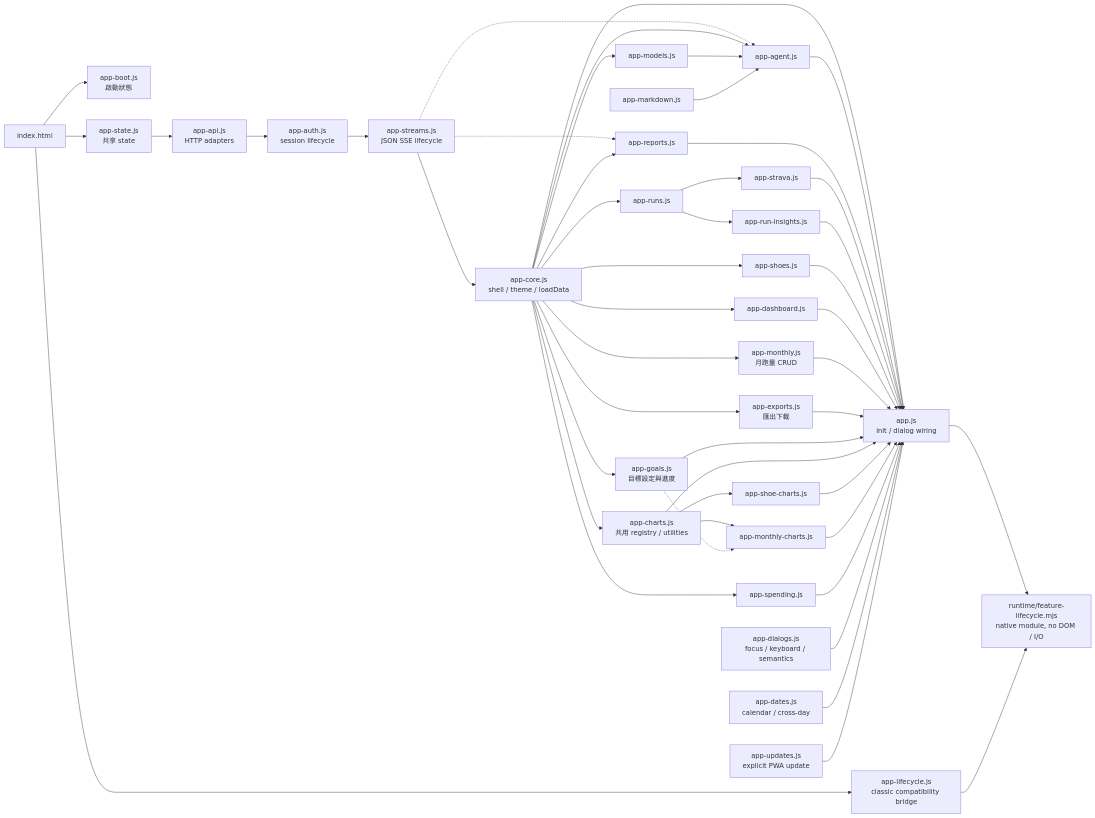
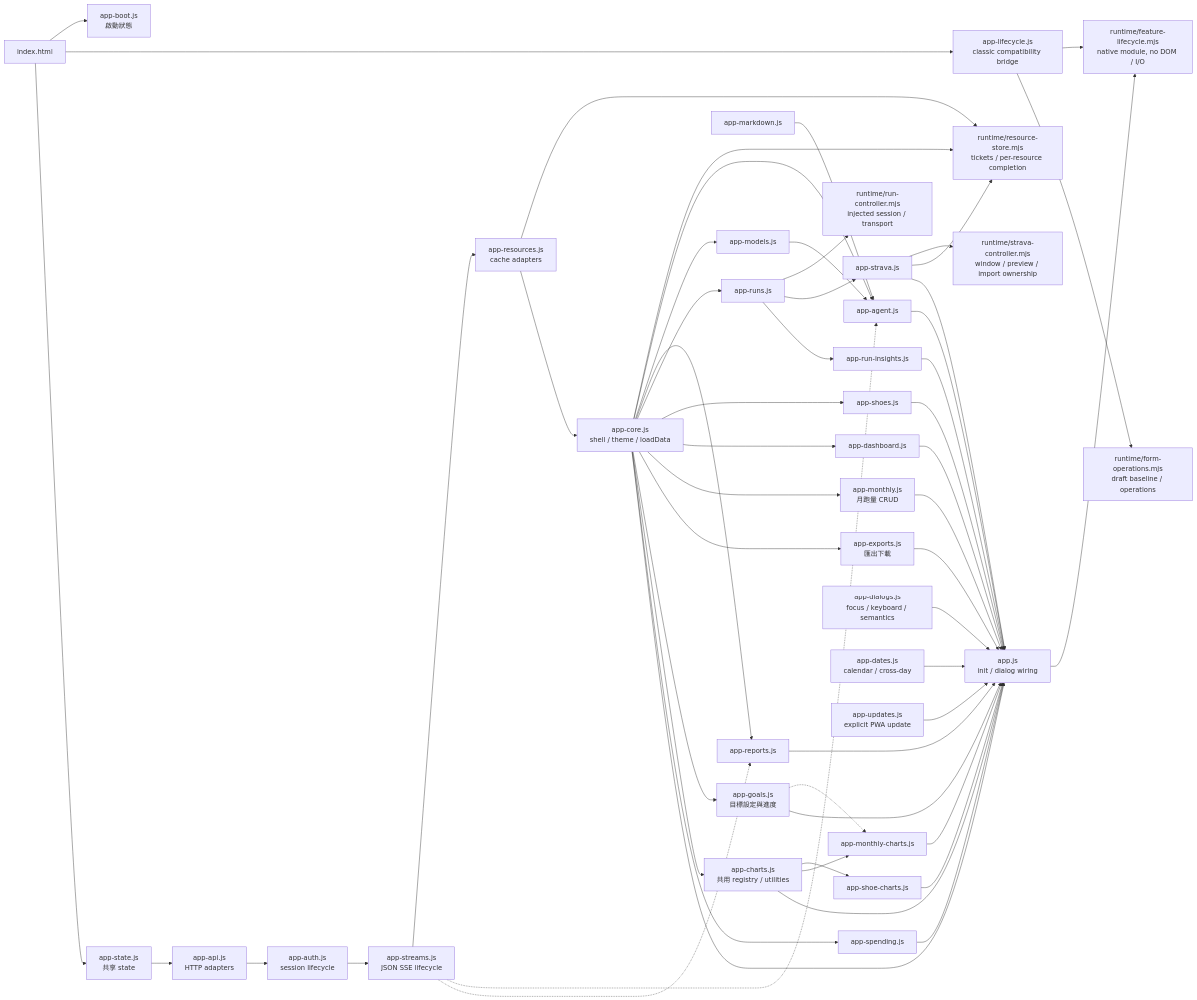
The sixth of 13 diagrams in docs/architecture.md (Teng91/running-shoes), drawn with Mermaid before and after one commit. The commit also changed other lines of this file and 34 other files, not shown here.

First line of the commit message:
fix: preserve import drafts and stream resource updates

````diff
--- a/docs/architecture.md
+++ b/docs/architecture.md
@@ -192,49 +194,56 @@
 ```mermaid
 flowchart LR
     HTML[index.html] --> Boot[app-boot.js<br/>啟動狀態]
     HTML --> Lifecycle[app-lifecycle.js<br/>classic compatibility bridge]
     Bootstrap --> Native[runtime/feature-lifecycle.mjs<br/>native module, no DOM / I/O]
     Lifecycle --> Native
     HTML --> State[app-state.js<br/>共享 state]
     State --> API[app-api.js<br/>HTTP adapters]
     API --> AuthUI[app-auth.js<br/>session lifecycle]
     AuthUI --> Streams[app-streams.js<br/>JSON SSE lifecycle]
-    Streams --> Core[app-core.js<br/>shell / theme / loadData]
+    Streams --> Resources[app-resources.js<br/>cache adapters]
+    Resources --> Store[runtime/resource-store.mjs<br/>tickets / per-resource completion]
+    Resources --> Core[app-core.js<br/>shell / theme / loadData]
+    Core --> Store
+    Lifecycle --> Forms[runtime/form-operations.mjs<br/>draft baseline / operations]
     Streams -.-> AgentUI
     Streams -.-> ReportsUI
     Core --> AgentUI[app-agent.js]
     Core --> ModelsUI[app-models.js]
     ModelsUI --> AgentUI
     MarkdownUI[app-markdown.js] --> AgentUI
     Core --> ReportsUI[app-reports.js]
     Core --> RunCRUD[app-runs.js]
+    RunCRUD --> RunNative[runtime/run-controller.mjs<br/>injected session / transport]
     RunCRUD --> StravaUI[app-strava.js]
+    StravaUI --> StravaNative[runtime/strava-controller.mjs<br/>window / preview / import ownership]
+    StravaUI --> Store
     RunCRUD --> RunInsights[app-run-insights.js]
     Core --> ShoesUI[app-shoes.js]
     Core --> Dashboard[app-dashboard.js]
     Core --> Monthly[app-monthly.js<br/>月跑量 CRUD]
     Core --> ExportsUI[app-exports.js<br/>匯出下載]
     Core --> GoalsUI[app-goals.js<br/>目標設定與進度]
     Core --> Charts[app-charts.js<br/>共用 registry / utilities]
     Charts --> ShoeCharts[app-shoe-charts.js]
     Charts --> MileageCharts[app-monthly-charts.js]
     GoalsUI -.-> MileageCharts
     Core --> Spending[app-spending.js]
     Core --> Bootstrap[app.js<br/>init / dialog wiring]
     AgentUI --> Bootstrap
     ReportsUI --> Bootstrap
     StravaUI --> Bootstrap
     RunInsights --> Bootstrap
     ShoesUI --> Bootstrap
     Dashboard --> Bootstrap
     Monthly --> Bootstrap
     ExportsUI --> Bootstrap
     GoalsUI --> Bootstrap
     Charts --> Bootstrap
     ShoeCharts --> Bootstrap
     MileageCharts --> Bootstrap
     Spending --> Bootstrap
     Dialogs[app-dialogs.js<br/>focus / keyboard / semantics] --> Bootstrap
     Dates[app-dates.js<br/>calendar / cross-day] --> Bootstrap
     Updates[app-updates.js<br/>explicit PWA update] --> Bootstrap
 ```
````
